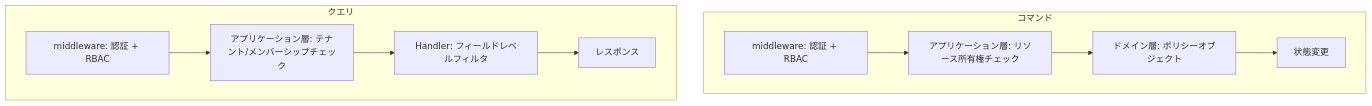
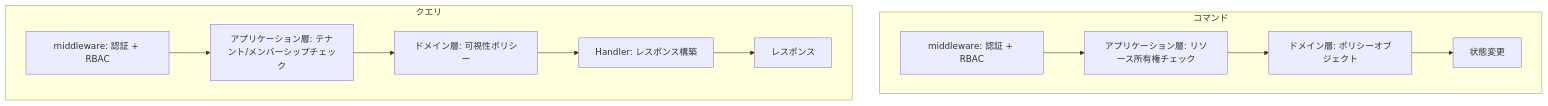
The second of 2 diagrams in articles/60d7d006c0f38f.md (135yshr/documents), drawn with Mermaid before and after one commit. The commit also changed other lines of this file, not shown here.

````diff
--- a/articles/60d7d006c0f38f.md
+++ b/articles/60d7d006c0f38f.md
@@ -385,14 +556,15 @@
 ```mermaid
 flowchart TD
     subgraph コマンド
         C1[middleware: 認証 + RBAC] --> C2[アプリケーション層: リソース所有権チェック]
         C2 --> C3[ドメイン層: ポリシーオブジェクト]
         C3 --> C4[状態変更]
     end
 
     subgraph クエリ
         Q1[middleware: 認証 + RBAC] --> Q2[アプリケーション層: テナント/メンバーシップチェック]
-        Q2 --> Q3[Handler: フィールドレベルフィルタ]
-        Q3 --> Q4[レスポンス]
+        Q2 --> Q3[ドメイン層: 可視性ポリシー]
+        Q3 --> Q4[Handler: レスポンス構築]
+        Q4 --> Q5[レスポンス]
     end
 ```
````
